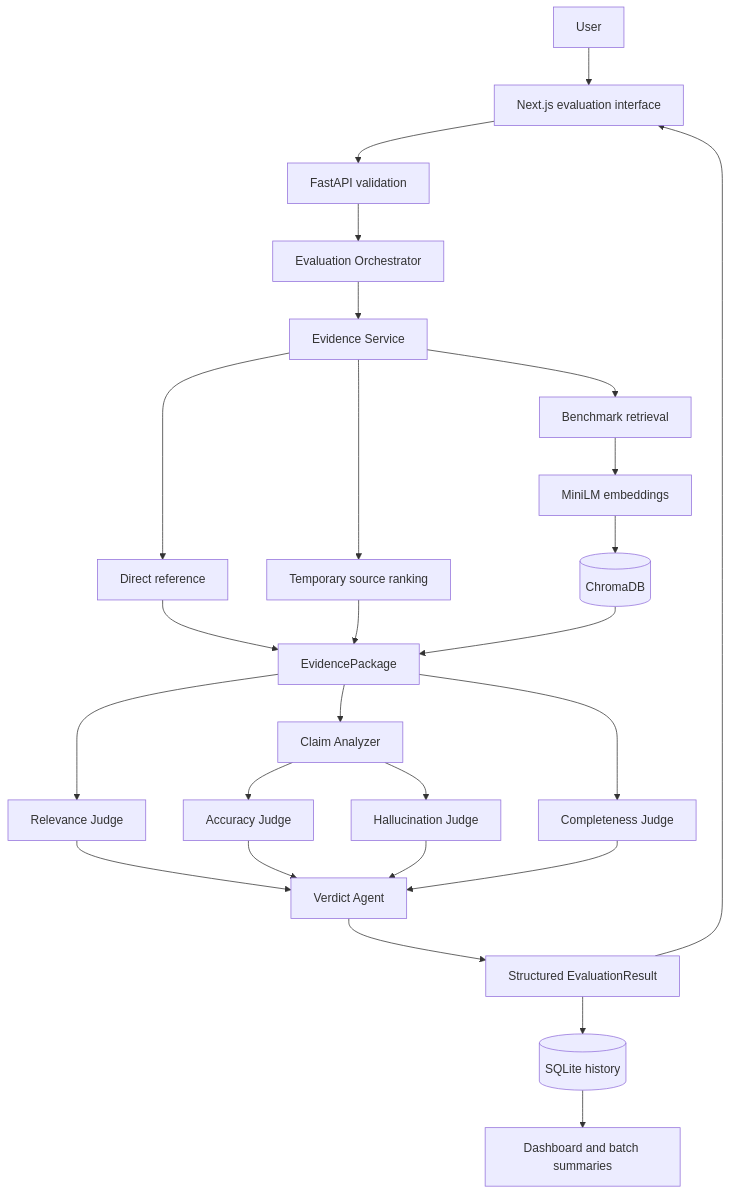
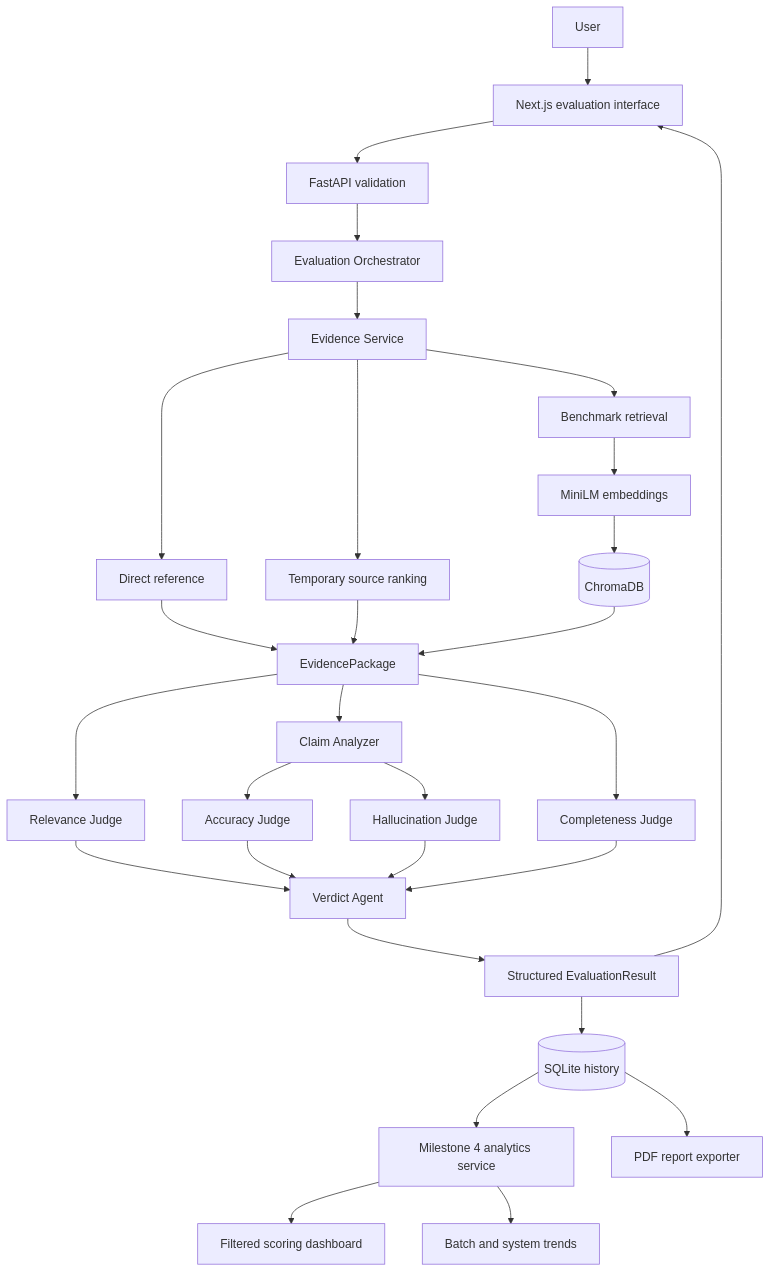
Before and after one commit to Arthisri2006/infosysSpringboard: the diagram in docs/architecture.md, drawn with Mermaid. The commit also changed other lines of this file and 28 other files, not shown here.

Commit message:
Implement Milestone 4 dashboard and dark responsive UI

````diff
--- a/docs/architecture.md
+++ b/docs/architecture.md
@@ -5,28 +5,31 @@
 ```mermaid
 flowchart TD
     U[User] --> UI[Next.js evaluation interface]
     UI --> API[FastAPI validation]
     API --> ORCH[Evaluation Orchestrator]
     ORCH --> EM[Evidence Service]
     EM --> REF[Direct reference]
     EM --> SRC[Temporary source ranking]
     EM --> RAG[Benchmark retrieval]
     RAG --> EMB[MiniLM embeddings]
     EMB --> VDB[(ChromaDB)]
     REF --> PKG[EvidencePackage]
     SRC --> PKG
     VDB --> PKG
     PKG --> REL[Relevance Judge]
     PKG --> CLAIM[Claim Analyzer]
     CLAIM --> ACC[Accuracy Judge]
     CLAIM --> HAL[Hallucination Judge]
     PKG --> COM[Completeness Judge]
     REL --> VER[Verdict Agent]
     ACC --> VER
     HAL --> VER
     COM --> VER
     VER --> RES[Structured EvaluationResult]
     RES --> DB[(SQLite history)]
     RES --> UI
-    DB --> DASH[Dashboard and batch summaries]
+    DB --> ANALYTICS[Milestone 4 analytics service]
+    ANALYTICS --> DASH[Filtered scoring dashboard]
+    ANALYTICS --> TREND[Batch and system trends]
+    DB --> PDF[PDF report exporter]
 ```
````
